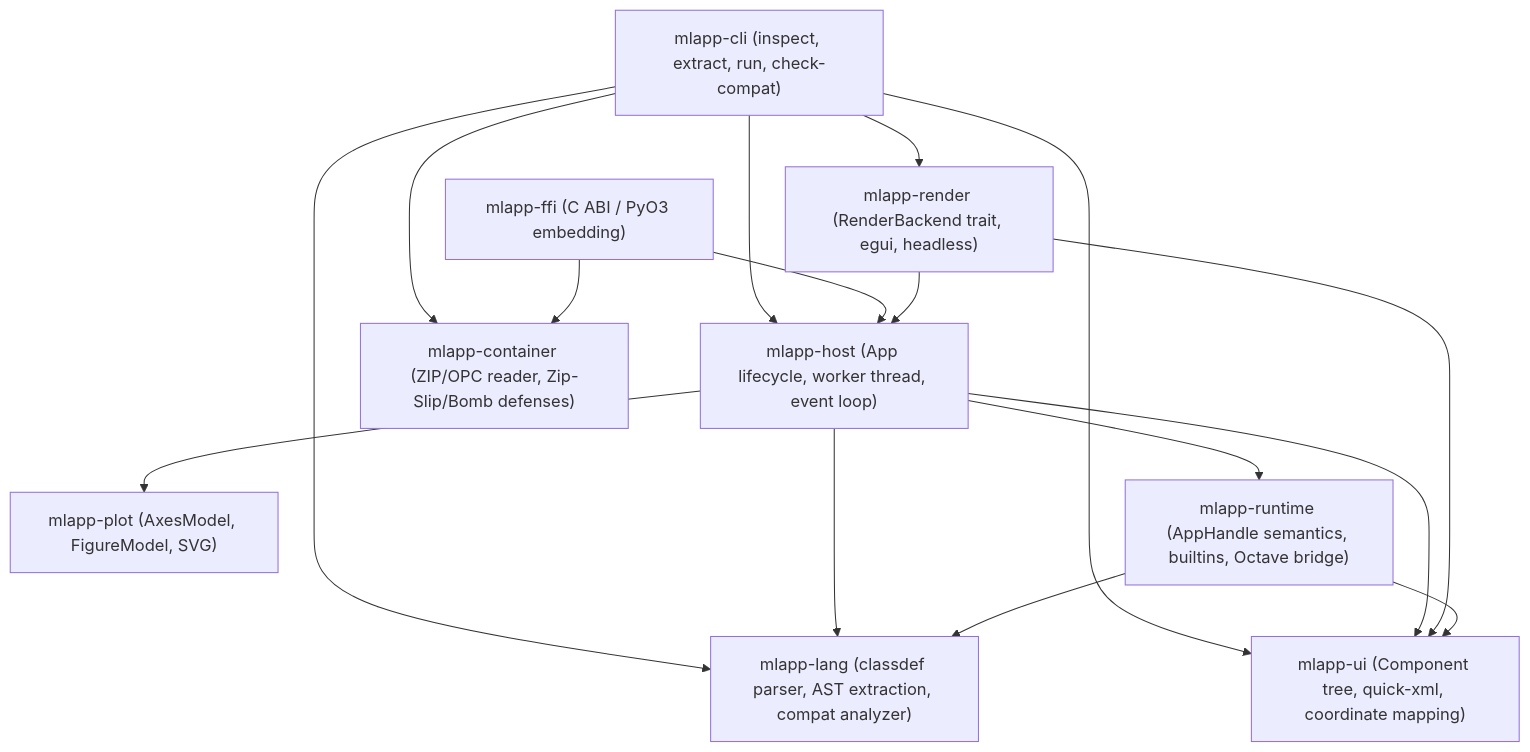
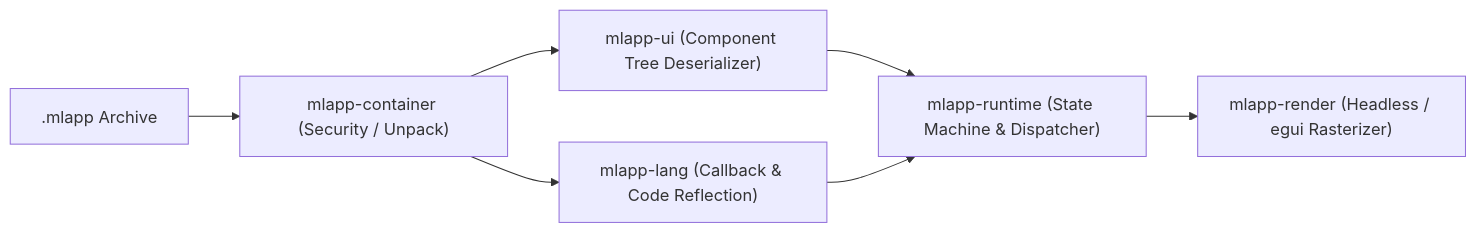
Before and after one commit to varunkumar898/MatRust-Studio: the fourth of 4 diagrams in docs/architecture.md, drawn with Mermaid. The commit also changed other lines of this file and 6 other files, not shown here.

Commit message:
docs: contributor guide, development reference, repository map, and architecture reconciliation

````diff
--- a/docs/architecture.md
+++ b/docs/architecture.md
@@ -109,28 +148,9 @@
 ```mermaid
-graph TD
-    CLI["mlapp-cli (inspect, extract, run, check-compat)"]
-    FFI["mlapp-ffi (C ABI / PyO3 embedding)"]
-    HOST["mlapp-host (App lifecycle, worker thread, event loop)"]
-    RENDER["mlapp-render (RenderBackend trait, egui, headless)"]
-    PLOT["mlapp-plot (AxesModel, FigureModel, SVG)"]
-    RUNTIME["mlapp-runtime (AppHandle semantics, builtins, Octave bridge)"]
-    LANG["mlapp-lang (classdef parser, AST extraction, compat analyzer)"]
-    UI["mlapp-ui (Component tree, quick-xml, coordinate mapping)"]
-    CONTAINER["mlapp-container (ZIP/OPC reader, Zip-Slip/Bomb defenses)"]
-
-    CLI --> CONTAINER
-    CLI --> UI
-    CLI --> LANG
-    CLI --> HOST
-    CLI --> RENDER
-    FFI --> CONTAINER
-    FFI --> HOST
-    HOST --> RUNTIME
-    HOST --> UI
-    HOST --> LANG
-    HOST --> PLOT
-    RENDER --> UI
-    RENDER --> HOST
-    RUNTIME --> LANG
-    RUNTIME --> UI
+flowchart LR
+    PKG[".mlapp Archive"] --> ZIP["mlapp-container (Security / Unpack)"]
+    ZIP --> XML["mlapp-ui (Component Tree Deserializer)"]
+    ZIP --> LNK["mlapp-lang (Callback & Code Reflection)"]
+    XML --> RUN["mlapp-runtime (State Machine & Dispatcher)"]
+    LNK --> RUN
+    RUN --> RND["mlapp-render (Headless / egui Rasterizer)"]
 ```
````
